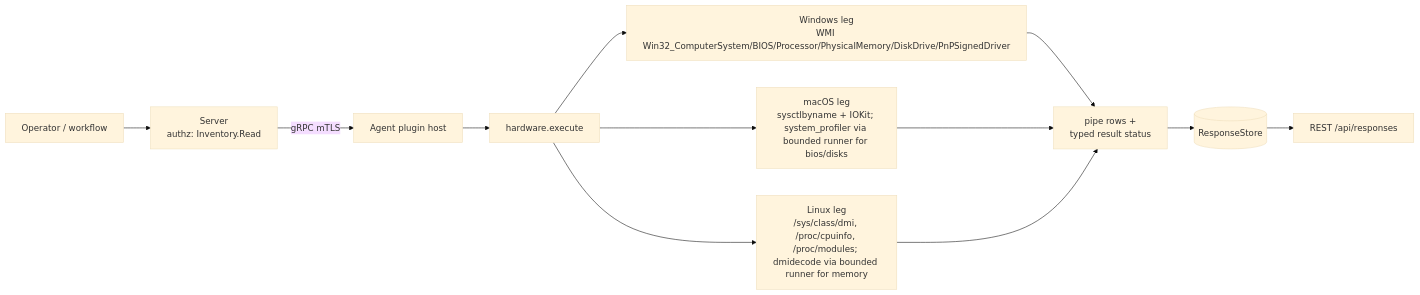
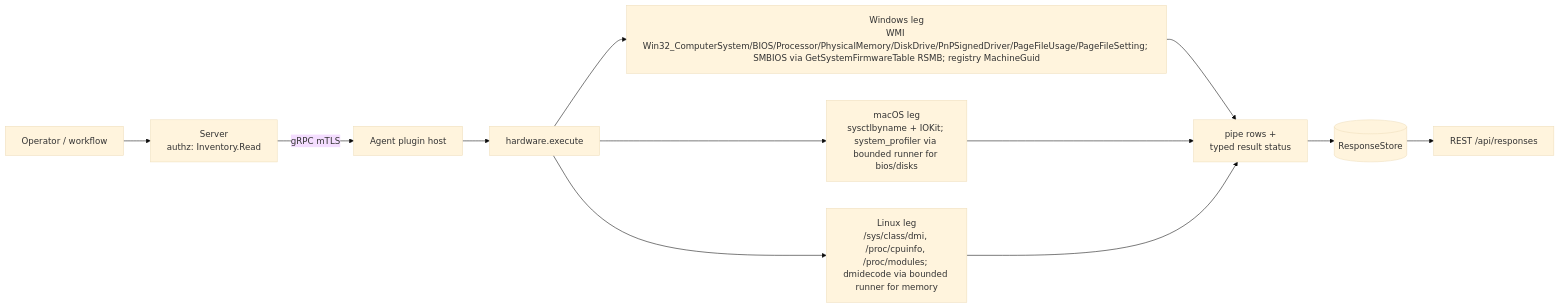
The diagram in agents/plugins/hardware/README.md (DevNullLtd/Yuzu), drawn with Mermaid (base theme) before and after one commit. The commit also changed other lines of this file and 11 other files, not shown here.

````diff
--- a/agents/plugins/hardware/README.md
+++ b/agents/plugins/hardware/README.md
@@ -21,9 +21,9 @@
 ```mermaid
 flowchart LR
   OP[Operator / workflow] --> SRV[Server<br/>authz: Inventory.Read]
   SRV -- gRPC mTLS --> HOST[Agent plugin host] --> EX[hardware.execute]
-  EX --> WIN[Windows leg<br/>WMI Win32_ComputerSystem/BIOS/Processor/PhysicalMemory/DiskDrive/PnPSignedDriver]
+  EX --> WIN[Windows leg<br/>WMI Win32_ComputerSystem/BIOS/Processor/PhysicalMemory/DiskDrive/PnPSignedDriver/PageFileUsage/PageFileSetting; SMBIOS via GetSystemFirmwareTable RSMB; registry MachineGuid]
   EX --> MAC[macOS leg<br/>sysctlbyname + IOKit; system_profiler via bounded runner for bios/disks]
   EX --> LIN[Linux leg<br/>/sys/class/dmi, /proc/cpuinfo, /proc/modules; dmidecode via bounded runner for memory]
   WIN & MAC & LIN --> ROWS[pipe rows +<br/>typed result status] --> RS[(ResponseStore)] --> API[REST /api/responses]
 ```
````
